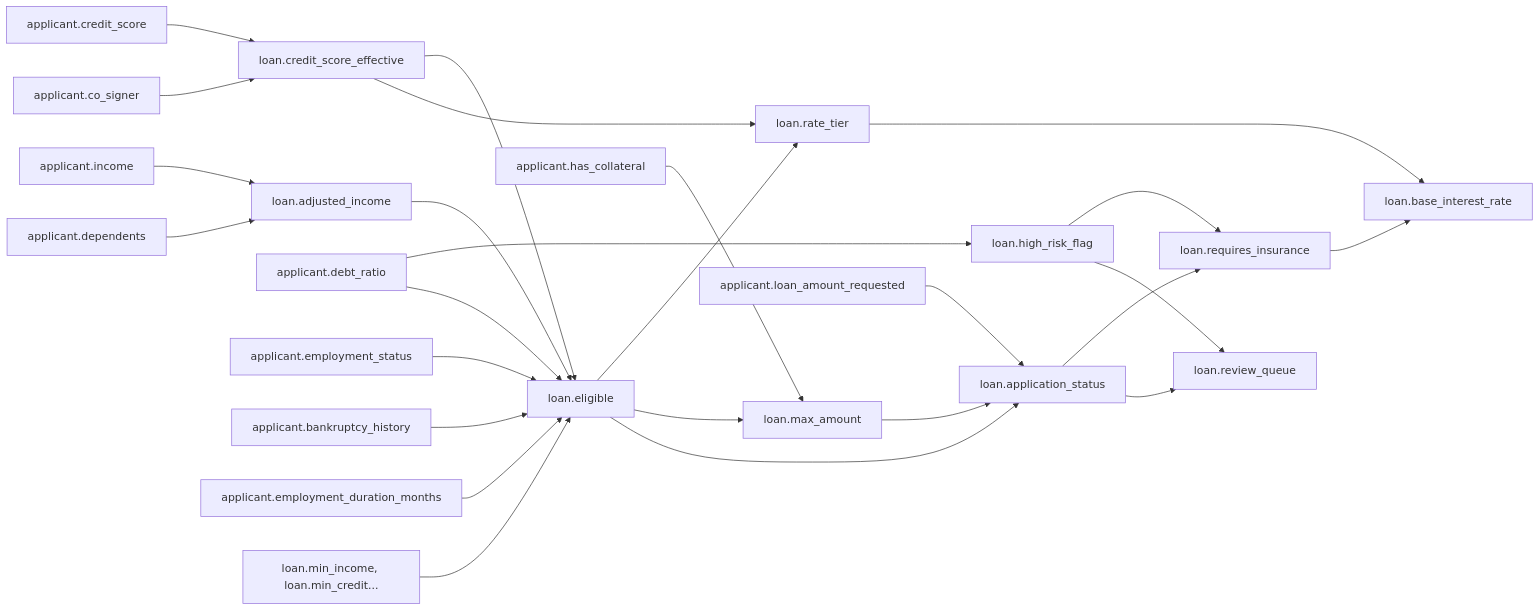
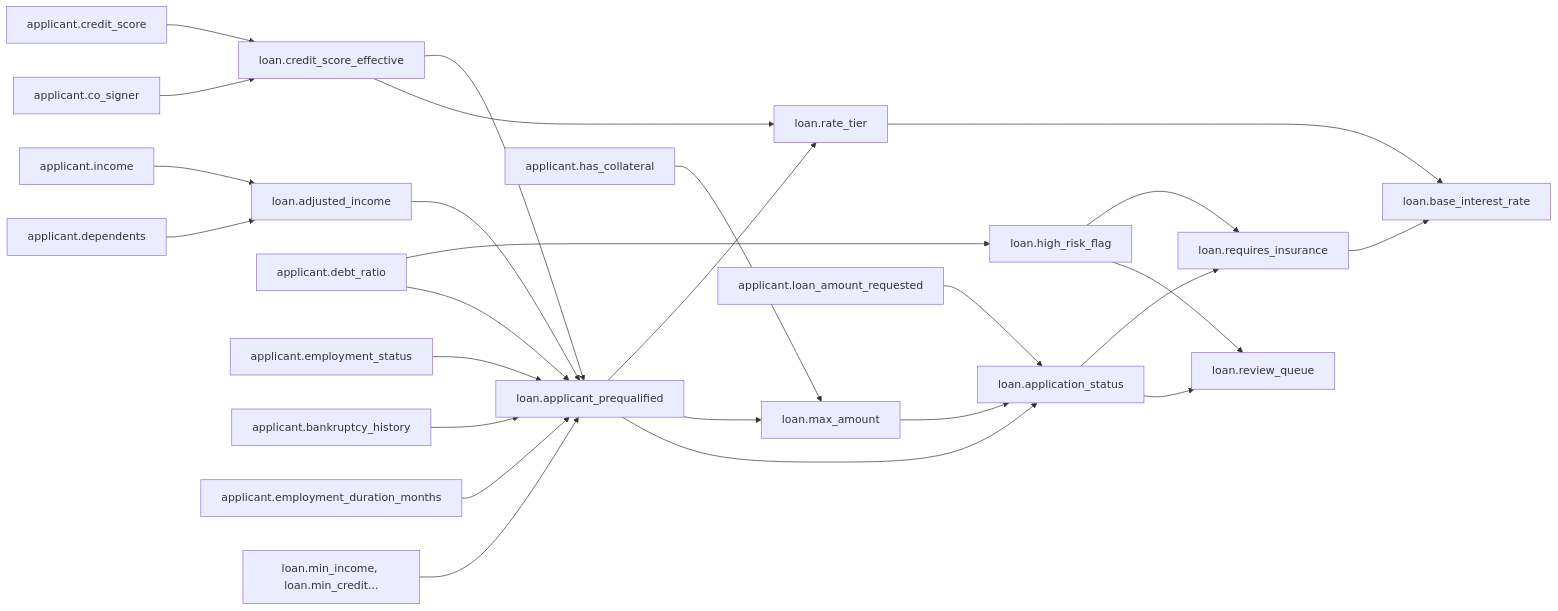
The first of 3 diagrams in domains.md (sultann-301/Belief-Aware-LLMs), drawn with Mermaid before and after one commit. The commit also changed other lines of this file and 10 other files, not shown here.

````diff
--- a/domains.md
+++ b/domains.md
@@ -115,40 +115,40 @@
 ```mermaid
 graph LR
     %% Base Inputs
     income["applicant.income"] --> adj_inc["loan.adjusted_income"]
     deps["applicant.dependents"] --> adj_inc
 
     cred["applicant.credit_score"] --> cred_eff["loan.credit_score_effective"]
     cosign["applicant.co_signer"] --> cred_eff
 
     debt["applicant.debt_ratio"] --> high_risk["loan.high_risk_flag"]
-    debt --> elig["loan.eligible"]
+    debt --> elig["loan.applicant_prequalified"]
 
     emp["applicant.employment_status"] --> elig
     bank["applicant.bankruptcy_history"] --> elig
     dur["applicant.employment_duration_months"] --> elig
     min_rules["loan.min_income, loan.min_credit..."] --> elig
 
     %% Intermediate connections
     adj_inc --> elig
     cred_eff --> elig
     cred_eff --> rate["loan.rate_tier"]
 
     %% Layer 2 derived
     elig --> rate
     elig --> max_amt["loan.max_amount"]
     elig --> app_stat["loan.application_status"]
 
     collat["applicant.has_collateral"] --> max_amt
     req_amt["applicant.loan_amount_requested"] --> app_stat
     max_amt --> app_stat
 
     high_risk --> req_ins["loan.requires_insurance"]
     high_risk --> rev_q["loan.review_queue"]
     app_stat --> req_ins
     app_stat --> rev_q
 
     %% Final Layer
     rate --> base_rate["loan.base_interest_rate"]
     req_ins --> base_rate
 ```
````
